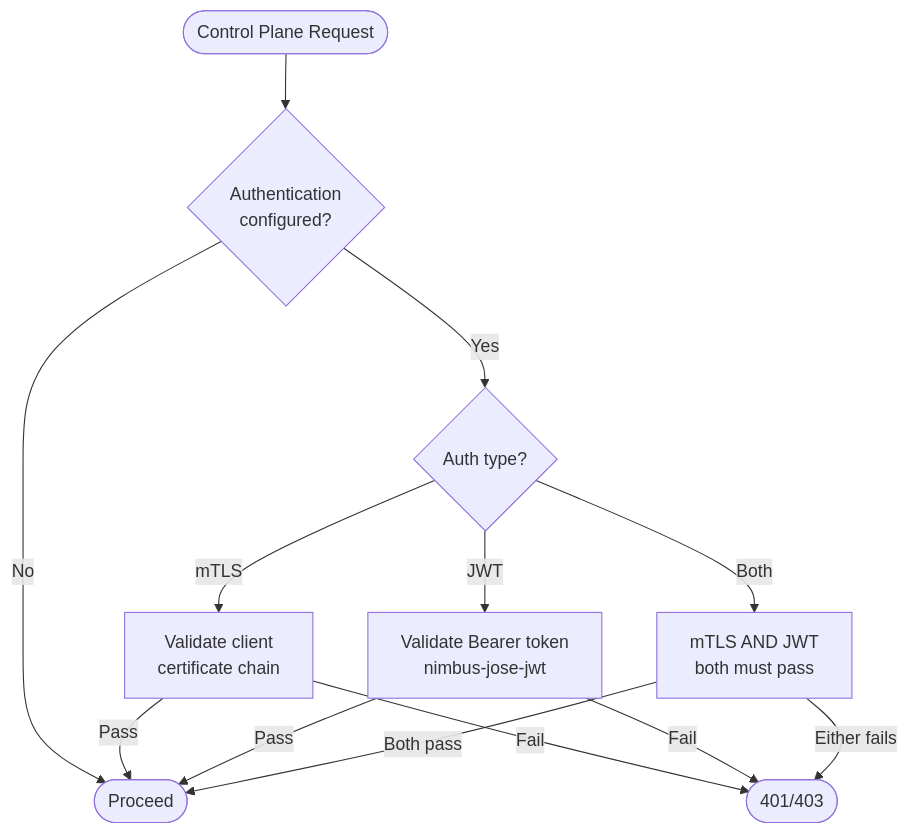
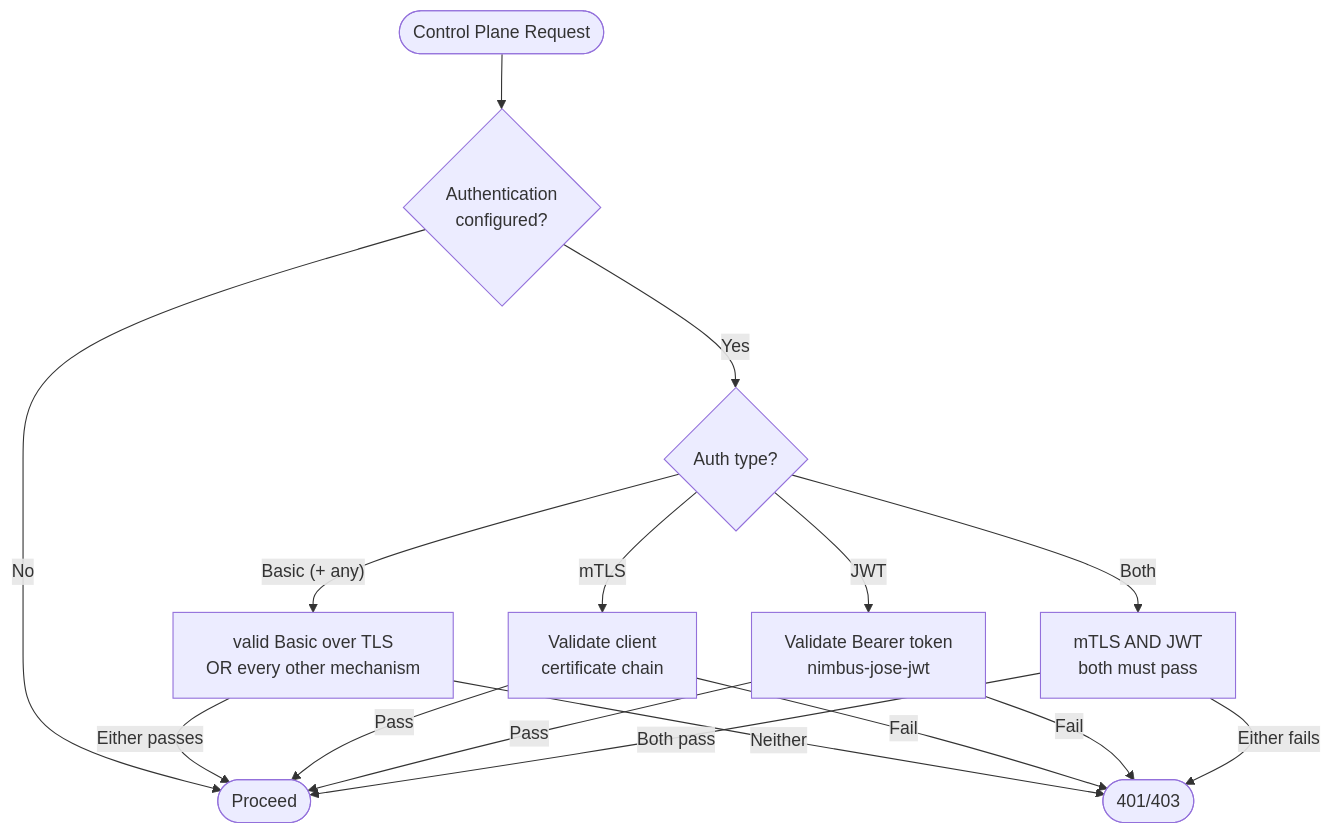
One commit to mock-server/mockserver changed the third of 7 diagrams in docs/code/tls-and-security.md. Above: the diagram before and after it, drawn with Mermaid. The commit also changed other lines of this file and 93 other files, not shown here.

````diff
--- a/docs/code/tls-and-security.md
+++ b/docs/code/tls-and-security.md
@@ -430,19 +430,23 @@
 ```mermaid
 flowchart TD
     REQ([Control Plane Request]) --> AUTH{"Authentication
 configured?"}
     AUTH -->|No| ALLOW([Proceed])
     AUTH -->|Yes| TYPE{Auth type?}
     TYPE -->|mTLS| MTLS["Validate client
 certificate chain"]
     TYPE -->|JWT| JWT["Validate Bearer token
 nimbus-jose-jwt"]
     TYPE -->|Both| CHAIN["mTLS AND JWT
 both must pass"]
+    TYPE -->|"Basic (+ any)"| ANYOF["valid Basic over TLS
+OR every other mechanism"]
+    ANYOF -->|Either passes| ALLOW
+    ANYOF -->|Neither| DENY
     MTLS -->|Pass| ALLOW
     MTLS -->|Fail| DENY([401/403])
     JWT -->|Pass| ALLOW
     JWT -->|Fail| DENY
     CHAIN -->|Both pass| ALLOW
     CHAIN -->|Either fails| DENY
 ```
````
